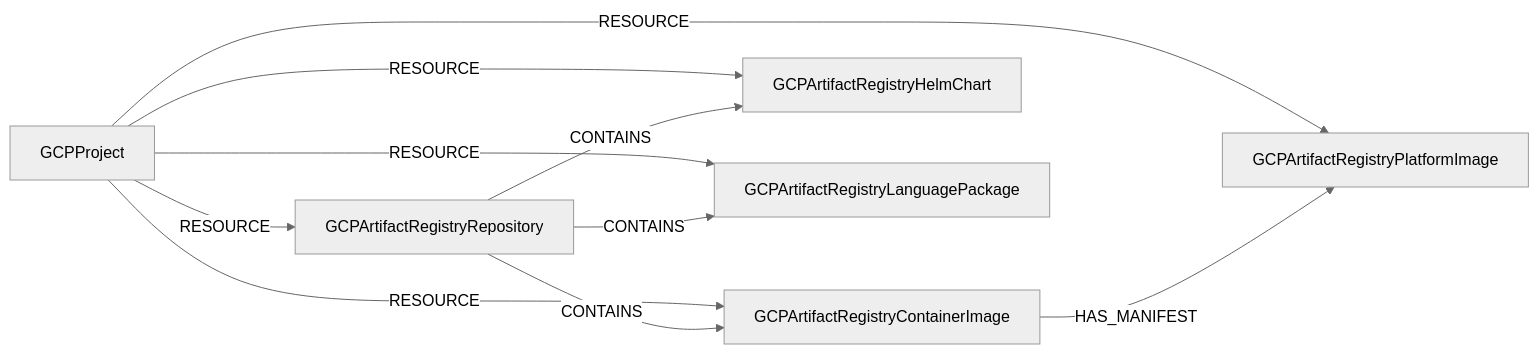
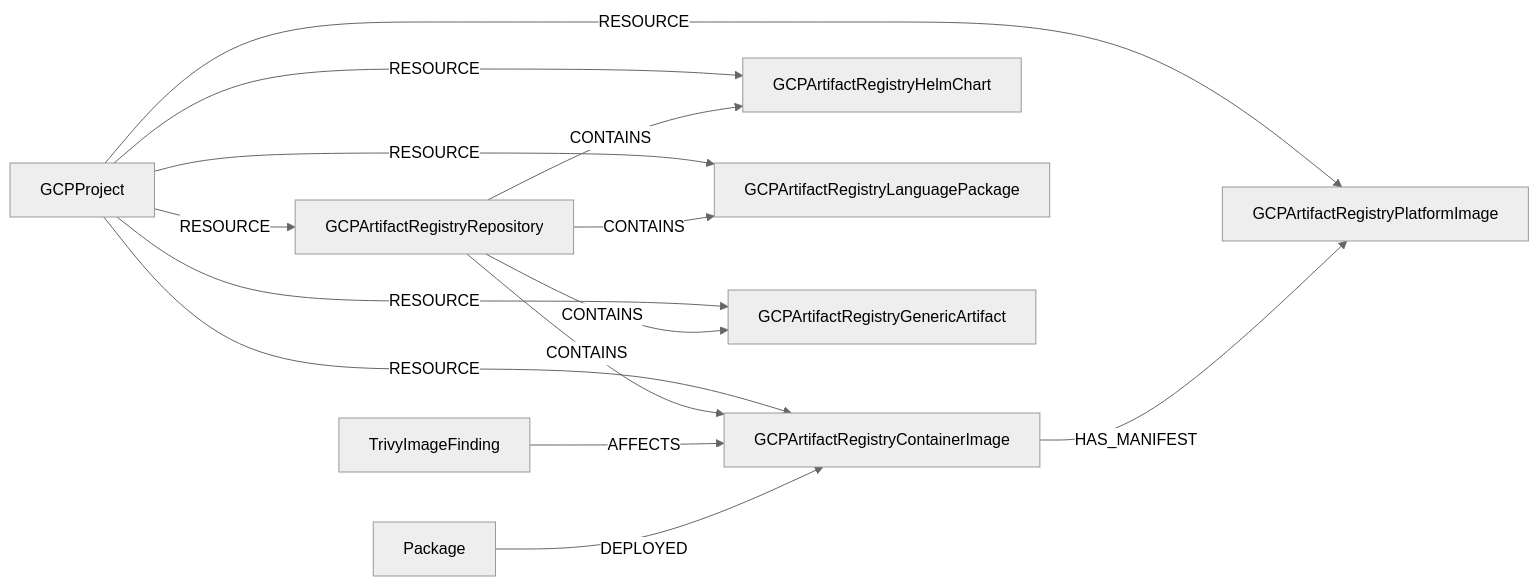
Before and after one commit to sec-js/cartography: the first of 2 diagrams in docs/root/modules/gcp/schema.md, drawn with Mermaid (neutral theme). The commit also changed other lines of this file and 13 other files, not shown here.

First line of the commit message:
feat(trivy): Add Trivy Support for GCP Artifact Registry (#2267)

````diff
--- a/docs/root/modules/gcp/schema.md
+++ b/docs/root/modules/gcp/schema.md
@@ -1436,19 +1436,26 @@
 ```mermaid
 graph LR
     Project[GCPProject]
     Repository[GCPArtifactRegistryRepository]
     ContainerImage[GCPArtifactRegistryContainerImage]
     HelmChart[GCPArtifactRegistryHelmChart]
     LanguagePackage[GCPArtifactRegistryLanguagePackage]
+    GenericArtifact[GCPArtifactRegistryGenericArtifact]
     PlatformImage[GCPArtifactRegistryPlatformImage]
+    TrivyFinding[TrivyImageFinding]
+    Package[Package]
 
     Project -->|RESOURCE| Repository
     Project -->|RESOURCE| ContainerImage
     Project -->|RESOURCE| HelmChart
     Project -->|RESOURCE| LanguagePackage
+    Project -->|RESOURCE| GenericArtifact
     Project -->|RESOURCE| PlatformImage
     Repository -->|CONTAINS| ContainerImage
     Repository -->|CONTAINS| HelmChart
     Repository -->|CONTAINS| LanguagePackage
+    Repository -->|CONTAINS| GenericArtifact
     ContainerImage -->|HAS_MANIFEST| PlatformImage
+    TrivyFinding -->|AFFECTS| ContainerImage
+    Package -->|DEPLOYED| ContainerImage
 ```
````
